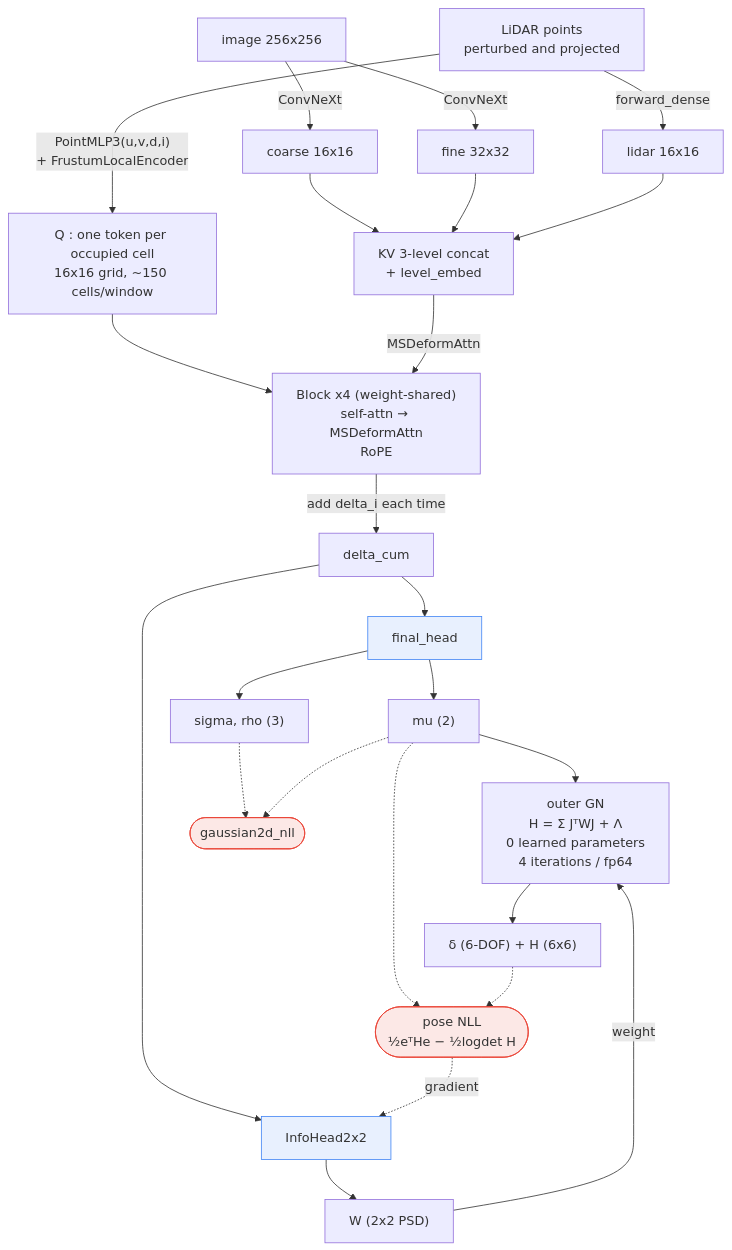
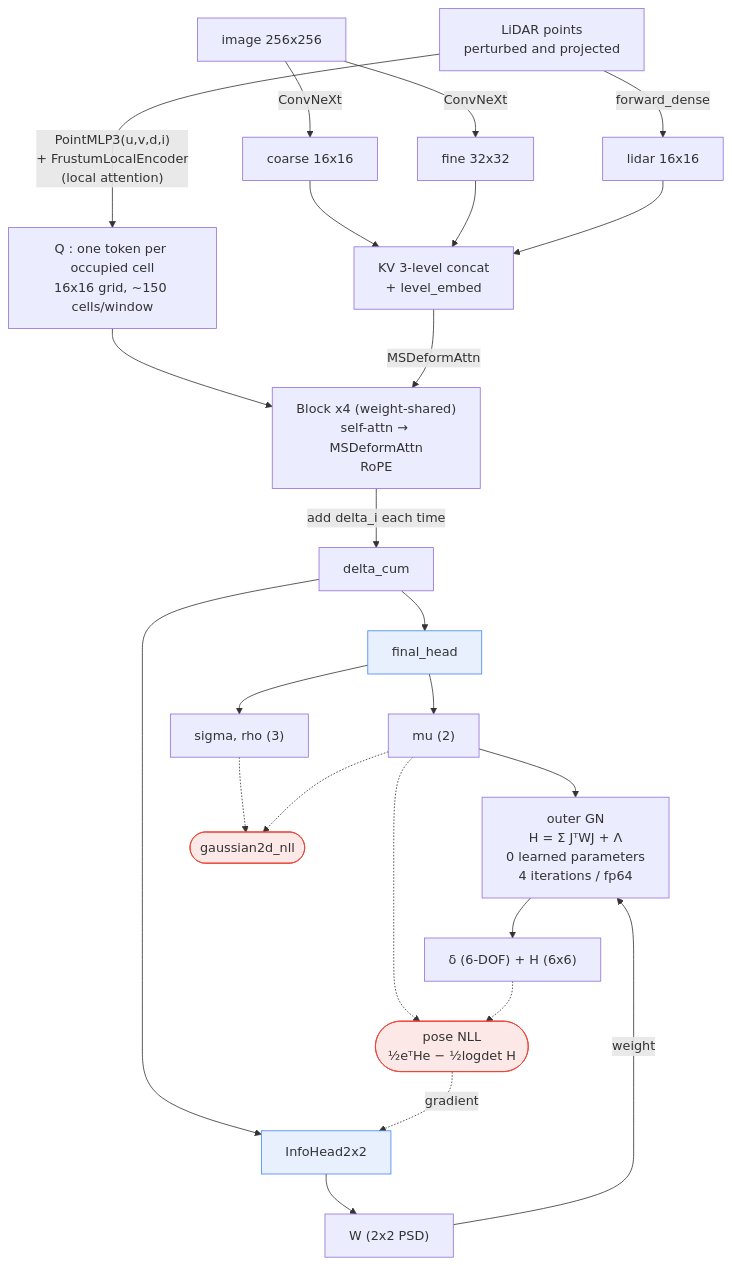
Before and after one commit to matoge/e2e_calib: the sixth of 6 diagrams in docs/2026-08-31_nuscenes-calibration.en.md, drawn with Mermaid. The commit also changed other lines of this file and 2 other files, not shown here.

First line of the commit message:
FrustumLocalEncoder は Point Transformer。docstring とレポートを実装に合わせる

````diff
--- a/docs/2026-08-31_nuscenes-calibration.en.md
+++ b/docs/2026-08-31_nuscenes-calibration.en.md
@@ -607,36 +607,36 @@
 ```mermaid
 flowchart TB
   IMG["image 256x256"] -->|ConvNeXt| COARSE["coarse 16x16"]
   IMG -->|ConvNeXt| FINE["fine 32x32"]
   LID["LiDAR points<br/>perturbed and projected"] -->|forward_dense| LDMAP["lidar 16x16"]
-  LID -->|"PointMLP3(u,v,d,i)<br/>+ FrustumLocalEncoder"| Q["Q : one token per occupied cell<br/>16x16 grid, ~150 cells/window"]
+  LID -->|"PointMLP3(u,v,d,i)<br/>+ FrustumLocalEncoder<br/>(local attention)"| Q["Q : one token per occupied cell<br/>16x16 grid, ~150 cells/window"]
 
   COARSE --> KV["KV 3-level concat<br/>+ level_embed"]
   FINE --> KV
   LDMAP --> KV
 
   Q --> BLK
   KV -->|"MSDeformAttn"| BLK["Block x4 (weight-shared)<br/>self-attn → MSDeformAttn<br/>RoPE"]
   BLK -->|"add delta_i each time"| DC["delta_cum"]
 
   DC --> FH["final_head"]
   DC --> IH["InfoHead2x2"]
   FH --> MU["mu (2)"]
   FH --> SIG["sigma, rho (3)"]
   IH --> W["W (2x2 PSD)"]
 
   MU --> GN
   W -->|"weight"| GN["outer GN<br/>H = Σ JᵀWJ + Λ<br/>0 learned parameters<br/>4 iterations / fp64"]
   GN --> OUT["δ (6-DOF) + H (6x6)"]
 
   SIG -.-> L1(["gaussian2d_nll"])
   MU -.-> L1
   MU -.-> L2(["pose NLL<br/>½eᵀHe − ½logdet H"])
   OUT -.-> L2
   L2 -.->|"gradient"| IH
 
   classDef head fill:#e8f0fe,stroke:#4285f4
   classDef loss fill:#fce8e6,stroke:#ea4335
   class FH,IH head
   class L1,L2 loss
 ```
````
